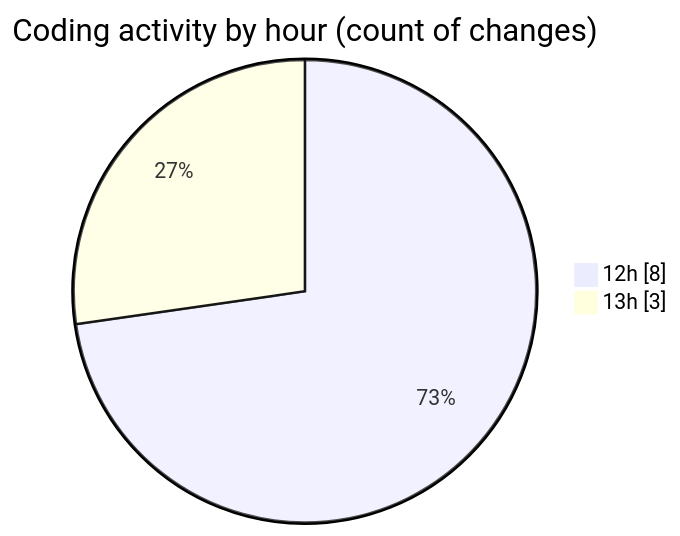
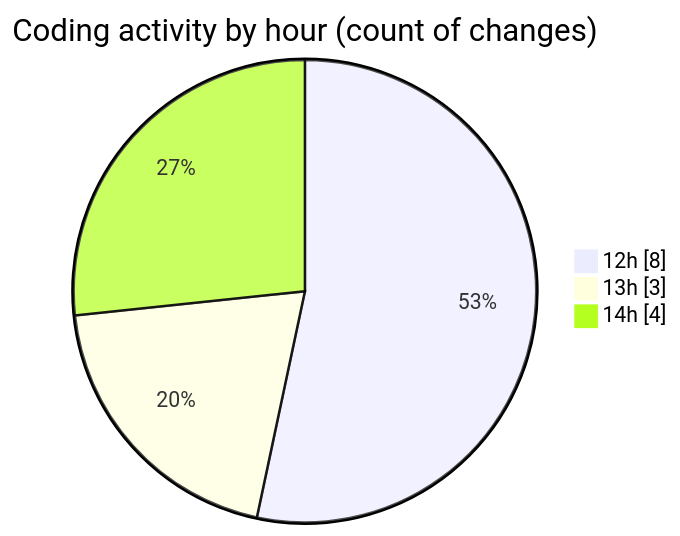
The second of 2 diagrams in 2025-08-08/nxtqube_webapp/README.md (nxtqubesakshisongat/code-tracking), drawn with Mermaid before and after one commit. The commit also changed other lines of this file and 1 other file, not shown here.

````diff
--- a/2025-08-08/nxtqube_webapp/README.md
+++ b/2025-08-08/nxtqube_webapp/README.md
@@ -28,6 +30,7 @@
 ```mermaid
 pie showData
 title Coding activity by hour (count of changes)
 "12h" : 8
 "13h" : 3
+"14h" : 4
 ```
````
